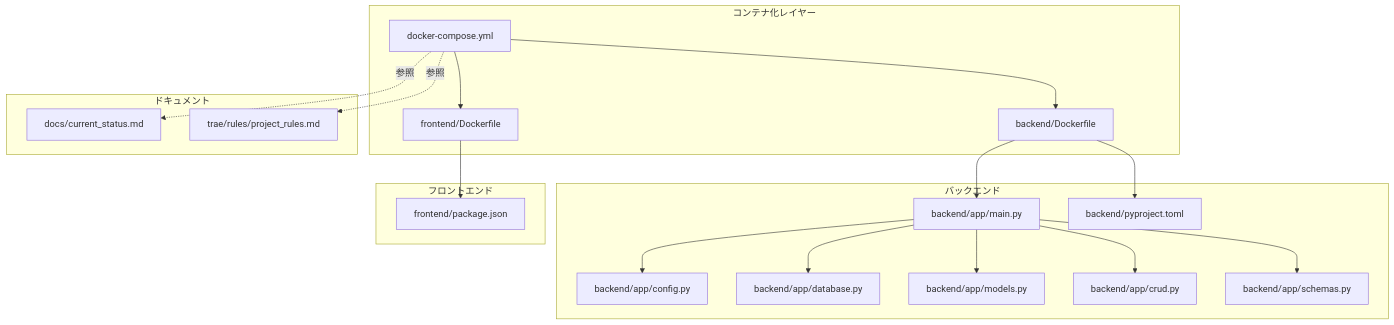
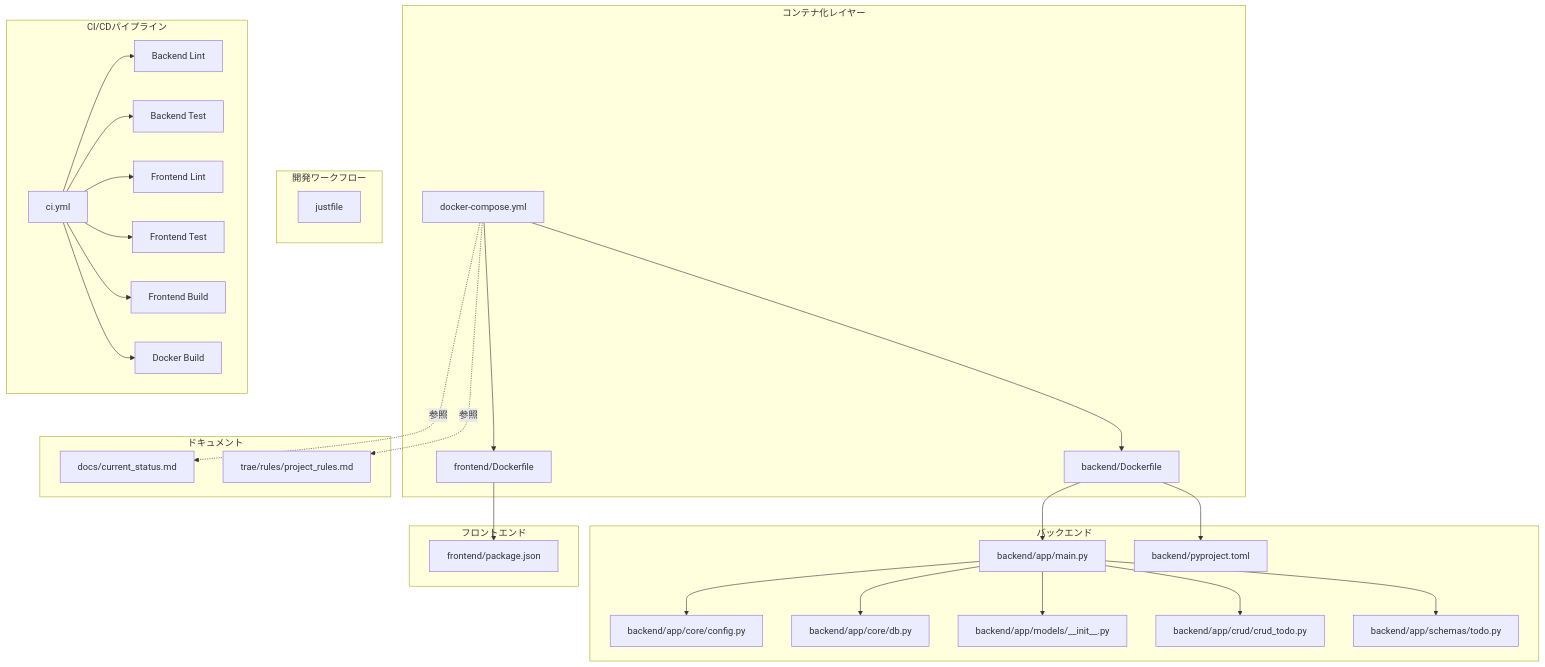
The first of 8 diagrams in .qoder/repowiki/ja/content/アーキテクチャ/インフラアーキテクチャ.md (ss8806/Todos), drawn with Mermaid before and after one commit. The commit also changed other lines of this file and 17 other files, not shown here.

````diff
--- a/.qoder/repowiki/ja/content/アーキテクチャ/インフラアーキテクチャ.md
+++ b/.qoder/repowiki/ja/content/アーキテクチャ/インフラアーキテクチャ.md
@@ -46,36 +64,54 @@
 ```mermaid
 graph TB
 subgraph "コンテナ化レイヤー"
 DC["docker-compose.yml"]
 BD["backend/Dockerfile"]
 FD["frontend/Dockerfile"]
 end
+subgraph "開発ワークフロー"
+JF["justfile"]
+end
 subgraph "バックエンド"
 BA["backend/app/main.py"]
-BC["backend/app/config.py"]
-BB["backend/app/database.py"]
-BM["backend/app/models.py"]
-BCR["backend/app/crud.py"]
-BS["backend/app/schemas.py"]
+BC["backend/app/core/config.py"]
+BB["backend/app/core/db.py"]
+BM["backend/app/models/__init__.py"]
+BCR["backend/app/crud/crud_todo.py"]
+BS["backend/app/schemas/todo.py"]
 BP["backend/pyproject.toml"]
 end
 subgraph "フロントエンド"
 FP["frontend/package.json"]
 end
 subgraph "ドキュメント"
 CS["docs/current_status.md"]
 PR["trae/rules/project_rules.md"]
+end
+subgraph "CI/CDパイプライン"
+CI["ci.yml"]
+BL["Backend Lint"]
+BT["Backend Test"]
+FL["Frontend Lint"]
+FT["Frontend Test"]
+FB["Frontend Build"]
+DBI["Docker Build"]
 end
 DC --> BD
 DC --> FD
 BD --> BA
 BA --> BC
 BA --> BB
 BA --> BM
 BA --> BCR
 BA --> BS
 BD --> BP
 FD --> FP
 DC -.参照.-> CS
 DC -.参照.-> PR
+CI --> BL
+CI --> BT
+CI --> FL
+CI --> FT
+CI --> FB
+CI --> DBI
 ```
````
